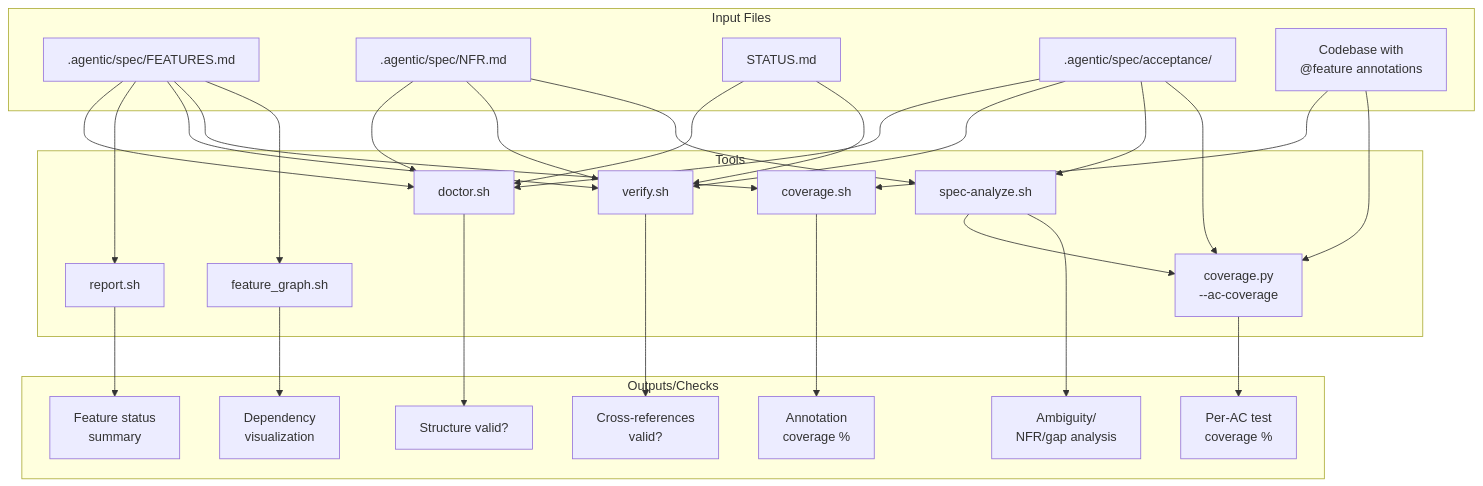
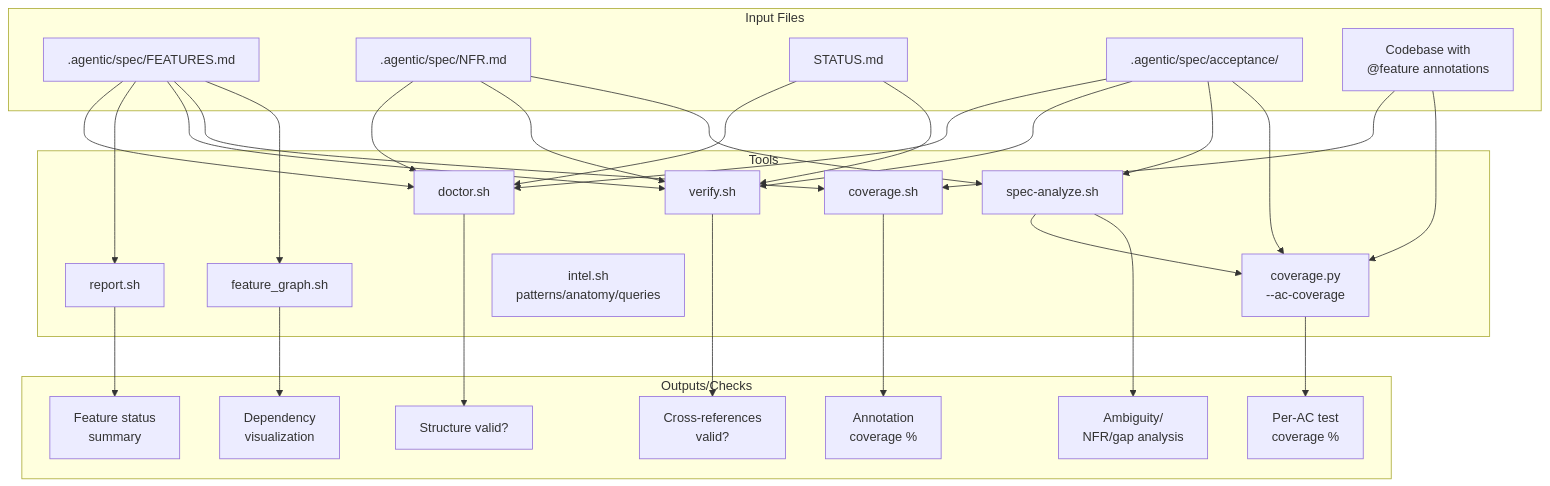
One commit to tomgun/agentic-framework changed the fifth of 11 diagrams in .agentic/lib/FRAMEWORK_MAP.md. Above: the diagram before and after it, drawn with Mermaid. The commit also changed other lines of this file and 4 other files, not shown here.

````diff
--- a/.agentic/lib/FRAMEWORK_MAP.md
+++ b/.agentic/lib/FRAMEWORK_MAP.md
@@ -154,61 +162,62 @@
 ```mermaid
 graph TD
     subgraph inputs [Input Files]
         FEAT[.agentic/spec/FEATURES.md]
         NFRS[.agentic/spec/NFR.md]
         STAT[STATUS.md]
         ACC[.agentic/spec/acceptance/]
         CODE[Codebase with<br/>@feature annotations]
     end
     
     subgraph tools [Tools]
         DOC[doctor.sh]
         REP[report.sh]
         VER[verify.sh]
         COV[coverage.sh]
         GRAPH[feature_graph.sh]
         ANALYZE[spec-analyze.sh]
         ACCOV[coverage.py<br/>--ac-coverage]
+        INTEL[intel.sh<br/>patterns/anatomy/queries]
     end
 
     subgraph outputs [Outputs/Checks]
         Structure[Structure valid?]
         FeatStatus[Feature status<br/>summary]
         CrossRef[Cross-references<br/>valid?]
         Coverage[Annotation<br/>coverage %]
         DepGraph[Dependency<br/>visualization]
         SpecQuality[Ambiguity/<br/>NFR/gap analysis]
         ACCoverage[Per-AC test<br/>coverage %]
     end
 
     FEAT --> DOC
     NFRS --> DOC
     STAT --> DOC
     ACC --> DOC
 
     DOC --> Structure
 
     FEAT --> REP
     REP --> FeatStatus
 
     FEAT --> VER
     NFRS --> VER
     STAT --> VER
     ACC --> VER
     VER --> CrossRef
 
     FEAT --> COV
     CODE --> COV
     COV --> Coverage
 
     FEAT --> GRAPH
     GRAPH --> DepGraph
 
     ACC --> ANALYZE
     NFRS --> ANALYZE
     ANALYZE --> ACCOV
     ANALYZE --> SpecQuality
     ACC --> ACCOV
     CODE --> ACCOV
     ACCOV --> ACCoverage
 ```
````
